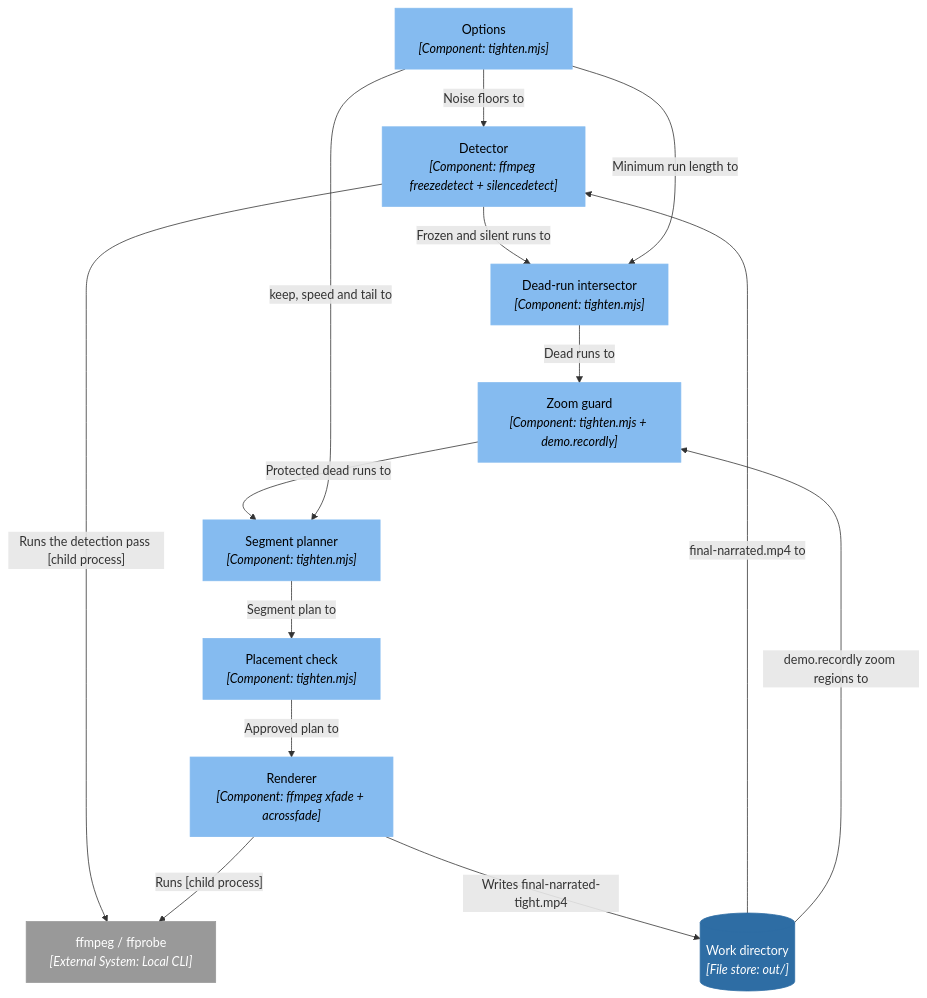
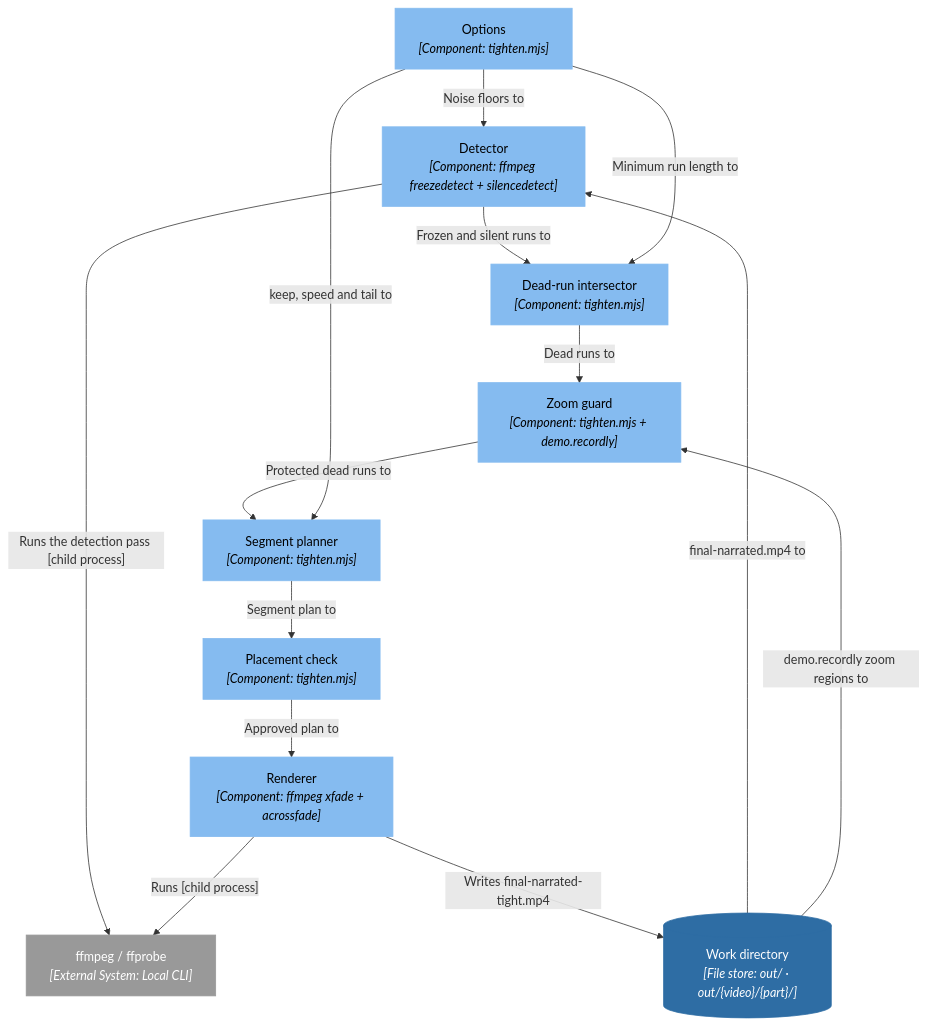
Before and after one commit to ssunduko/product-video: the tenth of 13 diagrams in docs/C4.md, drawn with Mermaid. The commit also changed other lines of this file and 21 other files, not shown here.

````diff
--- a/docs/C4.md
+++ b/docs/C4.md
@@ -629,34 +681,34 @@
 ```mermaid
 flowchart TD
-  n82["Options<br/><i>[Component: tighten.mjs]</i>"]
-  n83["Detector<br/><i>[Component: ffmpeg freezedetect + silencedetect]</i>"]
-  n84["Dead-run intersector<br/><i>[Component: tighten.mjs]</i>"]
-  n85["Zoom guard<br/><i>[Component: tighten.mjs + demo.recordly]</i>"]
-  n86["Segment planner<br/><i>[Component: tighten.mjs]</i>"]
-  n87["Placement check<br/><i>[Component: tighten.mjs]</i>"]
-  n88["Renderer<br/><i>[Component: ffmpeg xfade + acrossfade]</i>"]
-  n21[("Work directory<br/><i>[File store: out/]</i>")]
+  n90["Options<br/><i>[Component: tighten.mjs]</i>"]
+  n91["Detector<br/><i>[Component: ffmpeg freezedetect + silencedetect]</i>"]
+  n92["Dead-run intersector<br/><i>[Component: tighten.mjs]</i>"]
+  n93["Zoom guard<br/><i>[Component: tighten.mjs + demo.recordly]</i>"]
+  n94["Segment planner<br/><i>[Component: tighten.mjs]</i>"]
+  n95["Placement check<br/><i>[Component: tighten.mjs]</i>"]
+  n96["Renderer<br/><i>[Component: ffmpeg xfade + acrossfade]</i>"]
+  n22[("Work directory<br/><i>[File store: out/ · out/{video}/{part}/]</i>")]
   n5["ffmpeg / ffprobe<br/><i>[External System: Local CLI]</i>"]
-  n21 -->|"final-narrated.mp4 to"| n83
-  n83 -->|"Runs the detection pass [child process]"| n5
-  n82 -->|"Noise floors to"| n83
-  n83 -->|"Frozen and silent runs to"| n84
-  n82 -->|"Minimum run length to"| n84
-  n84 -->|"Dead runs to"| n85
-  n21 -->|"demo.recordly zoom regions to"| n85
-  n85 -->|"Protected dead runs to"| n86
-  n82 -->|"keep, speed and tail to"| n86
-  n86 -->|"Segment plan to"| n87
-  n87 -->|"Approved plan to"| n88
-  n88 -->|"Runs [child process]"| n5
-  n88 -->|"Writes final-narrated-tight.mp4"| n21
+  n22 -->|"final-narrated.mp4 to"| n91
+  n91 -->|"Runs the detection pass [child process]"| n5
+  n90 -->|"Noise floors to"| n91
+  n91 -->|"Frozen and silent runs to"| n92
+  n90 -->|"Minimum run length to"| n92
+  n92 -->|"Dead runs to"| n93
+  n22 -->|"demo.recordly zoom regions to"| n93
+  n93 -->|"Protected dead runs to"| n94
+  n90 -->|"keep, speed and tail to"| n94
+  n94 -->|"Segment plan to"| n95
+  n95 -->|"Approved plan to"| n96
+  n96 -->|"Runs [child process]"| n5
+  n96 -->|"Writes final-narrated-tight.mp4"| n22
   classDef person fill:#08427b,stroke:#08427b,color:#ffffff;
   classDef system fill:#1168bd,stroke:#1168bd,color:#ffffff;
   classDef external fill:#999999,stroke:#999999,color:#ffffff;
   classDef container fill:#438dd5,stroke:#438dd5,color:#ffffff;
   classDef store fill:#2e6da4,stroke:#2e6da4,color:#ffffff;
   classDef component fill:#85bbf0,stroke:#85bbf0,color:#000000;
   class n5 external;
-  class n21 store;
-  class n82,n83,n84,n85,n86,n87,n88 component;
+  class n22 store;
+  class n90,n91,n92,n93,n94,n95,n96 component;
 ```
````
